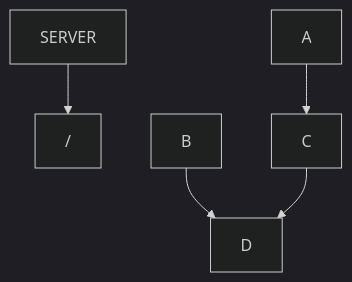
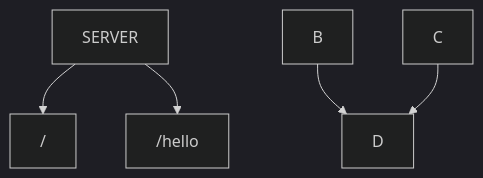
Before and after one commit to Kavindulakmal/Web-Server: the second of 2 diagrams in README.md, drawn with Mermaid (dark theme).

````diff
--- a/README.md
+++ b/README.md
@@ -37,7 +37,7 @@
 ```mermaid
 graph TD;
     SERVER--> /;
-    A-->C;
+    SERVER-->/hello;
     B-->D;
     C-->D;
 ```
````
